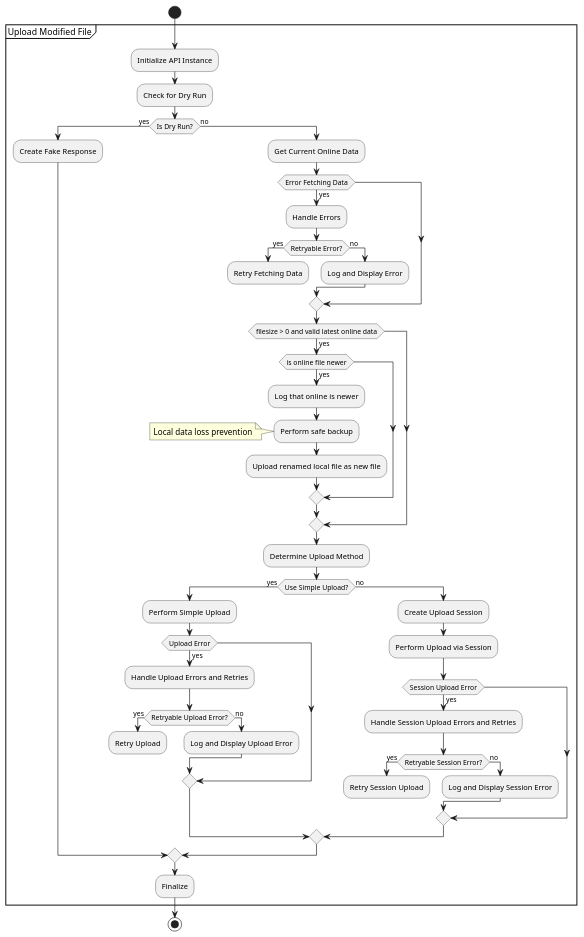
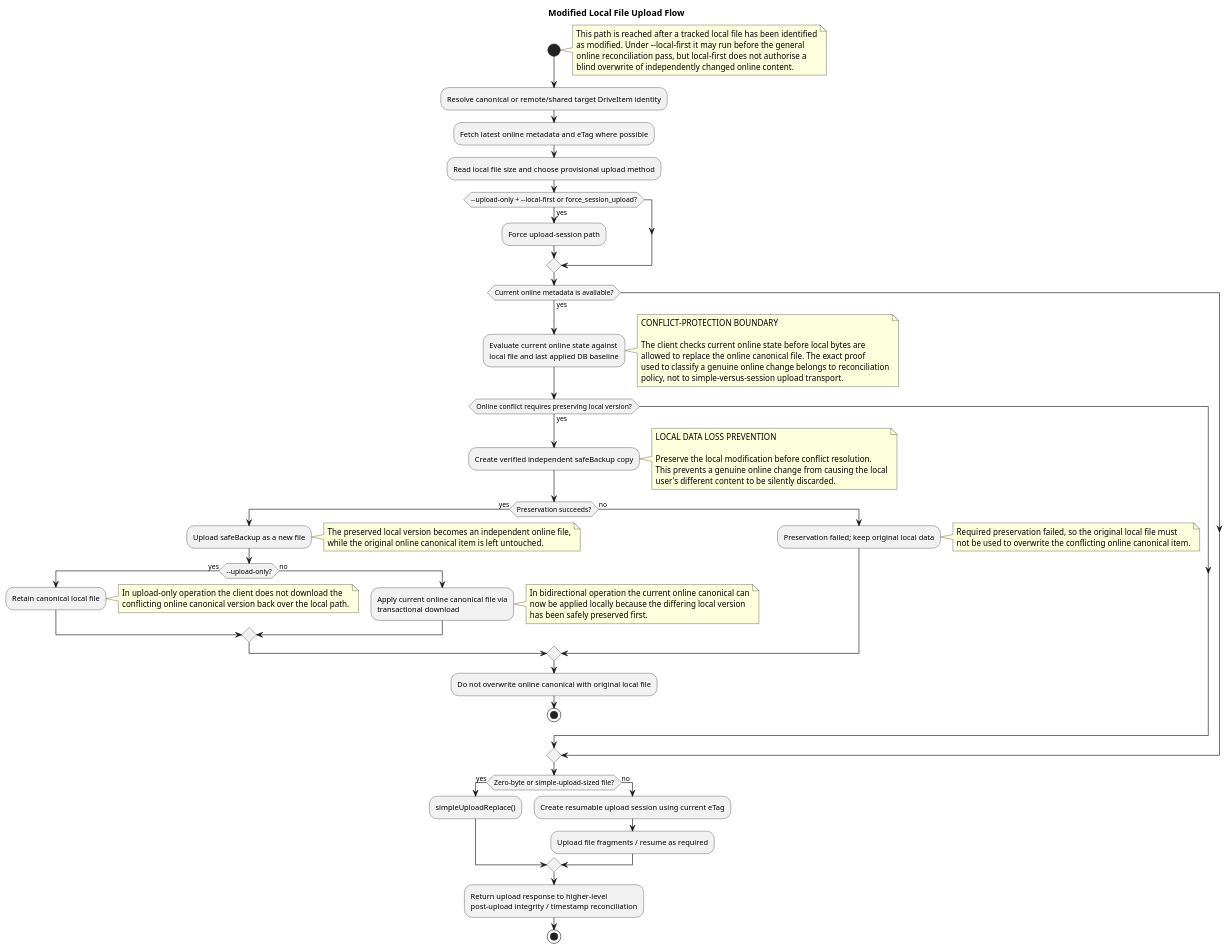
One commit to abraunegg/onedrive changed the diagram in docs/puml/uploadModifiedFile.puml. Above: the diagram before and after it, drawn with PlantUML. The commit also changed 46 other files, not shown here.

First line of the commit message:
Update architecture documentation (#3870)

```diff
--- a/docs/puml/uploadModifiedFile.puml
+++ b/docs/puml/uploadModifiedFile.puml
@@ -1,56 +1,80 @@
 @startuml
+title Modified Local File Upload Flow
 start
-partition "Upload Modified File" {
-  :Initialize API Instance;
-  :Check for Dry Run;
-  if (Is Dry Run?) then (yes)
-    :Create Fake Response;
-  else (no)
-    :Get Current Online Data;
-    if (Error Fetching Data) then (yes)
-      :Handle Errors;
-      if (Retryable Error?) then (yes)
-        :Retry Fetching Data;
-        detach
+
+note right
+  This path is reached after a tracked local file has been identified
+  as modified. Under ~--local-first it may run before the general
+  online reconciliation pass, but local-first does not authorise a
+  blind overwrite of independently changed online content.
+end note
+
+:Resolve canonical or remote/shared target DriveItem identity;
+:Fetch latest online metadata and eTag where possible;
+:Read local file size and choose provisional upload method;
+
+if (~--upload-only + ~--local-first or force_session_upload?) then (yes)
+  :Force upload-session path;
+endif
+
+if (Current online metadata is available?) then (yes)
+  :Evaluate current online state against\nlocal file and last applied DB baseline;
+  note right
+    CONFLICT-PROTECTION BOUNDARY
+
+    The client checks current online state before local bytes are
+    allowed to replace the online canonical file. The exact proof
+    used to classify a genuine online change belongs to reconciliation
+    policy, not to simple-versus-session upload transport.
+  end note
+  if (Online conflict requires preserving local version?) then (yes)
+    :Create verified independent safeBackup copy;
+    note right
+      LOCAL DATA LOSS PREVENTION
+
+      Preserve the local modification before conflict resolution.
+      This prevents a genuine online change from causing the local
+      user's different content to be silently discarded.
+    end note
+    if (Preservation succeeds?) then (yes)
+      :Upload safeBackup as a new file;
+      note right
+        The preserved local version becomes an independent online file,
+        while the original online canonical item is left untouched.
+      end note
+      if (~--upload-only?) then (yes)
+        :Retain canonical local file;
+        note right
+          In upload-only operation the client does not download the
+          conflicting online canonical version back over the local path.
+        end note
       else (no)
-        :Log and Display Error;
-      endif
-    endif
-    if (filesize > 0 and valid latest online data) then (yes)
-      if (is online file newer) then (yes)
-        :Log that online is newer; 
-        :Perform safe backup;
-        note left: Local data loss prevention
-        :Upload renamed local file as new file;
-      endif
-    endif
-    :Determine Upload Method;
-    if (Use Simple Upload?) then (yes)
-      :Perform Simple Upload;
-      if (Upload Error) then (yes)
-        :Handle Upload Errors and Retries;
-        if (Retryable Upload Error?) then (yes)
-          :Retry Upload;
-          detach
-        else (no)
-          :Log and Display Upload Error;
-        endif
+        :Apply current online canonical file via\ntransactional download;
+        note right
+          In bidirectional operation the current online canonical can
+          now be applied locally because the differing local version
+          has been safely preserved first.
+        end note
       endif
     else (no)
-      :Create Upload Session;
-      :Perform Upload via Session;
-      if (Session Upload Error) then (yes)
-        :Handle Session Upload Errors and Retries;
-        if (Retryable Session Error?) then (yes)
-          :Retry Session Upload;
-          detach
-        else (no)
-          :Log and Display Session Error;
-        endif
-      endif
+      :Preservation failed; keep original local data;
+      note right
+        Required preservation failed, so the original local file must
+        not be used to overwrite the conflicting online canonical item.
+      end note
     endif
+    :Do not overwrite online canonical with original local file;
+    stop
   endif
-  :Finalize;
-}
+endif
+
+if (Zero-byte or simple-upload-sized file?) then (yes)
+  :simpleUploadReplace();
+else (no)
+  :Create resumable upload session using current eTag;
+  :Upload file fragments / resume as required;
+endif
+
+:Return upload response to higher-level\npost-upload integrity / timestamp reconciliation;
 stop
 @enduml
```
